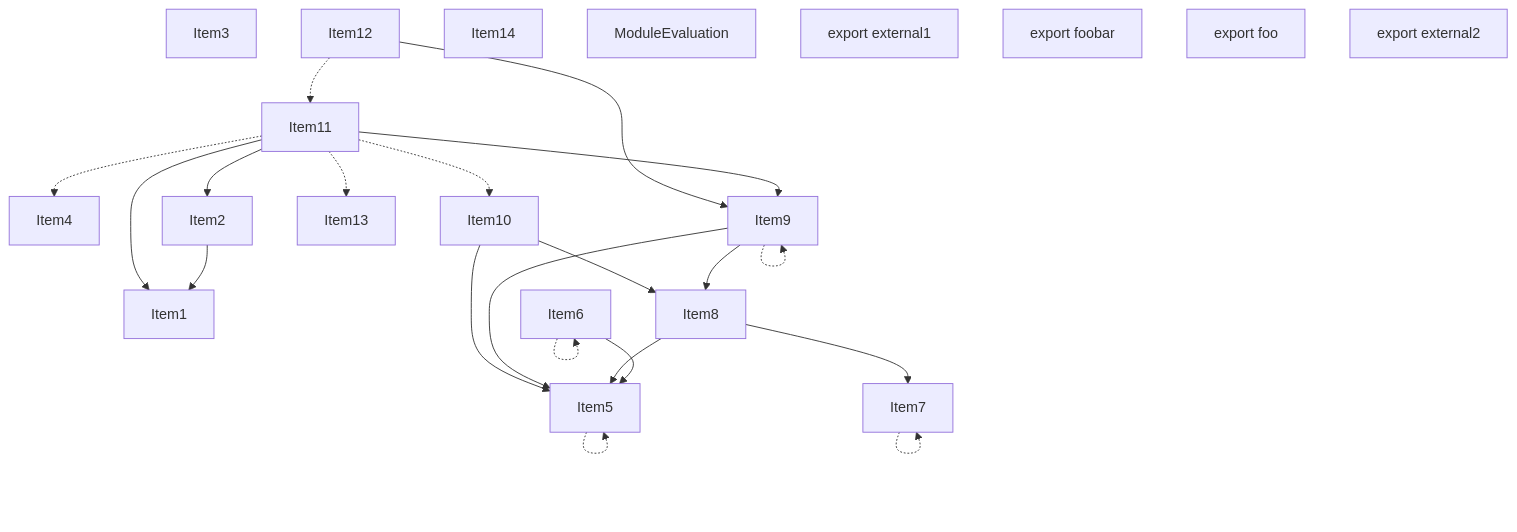
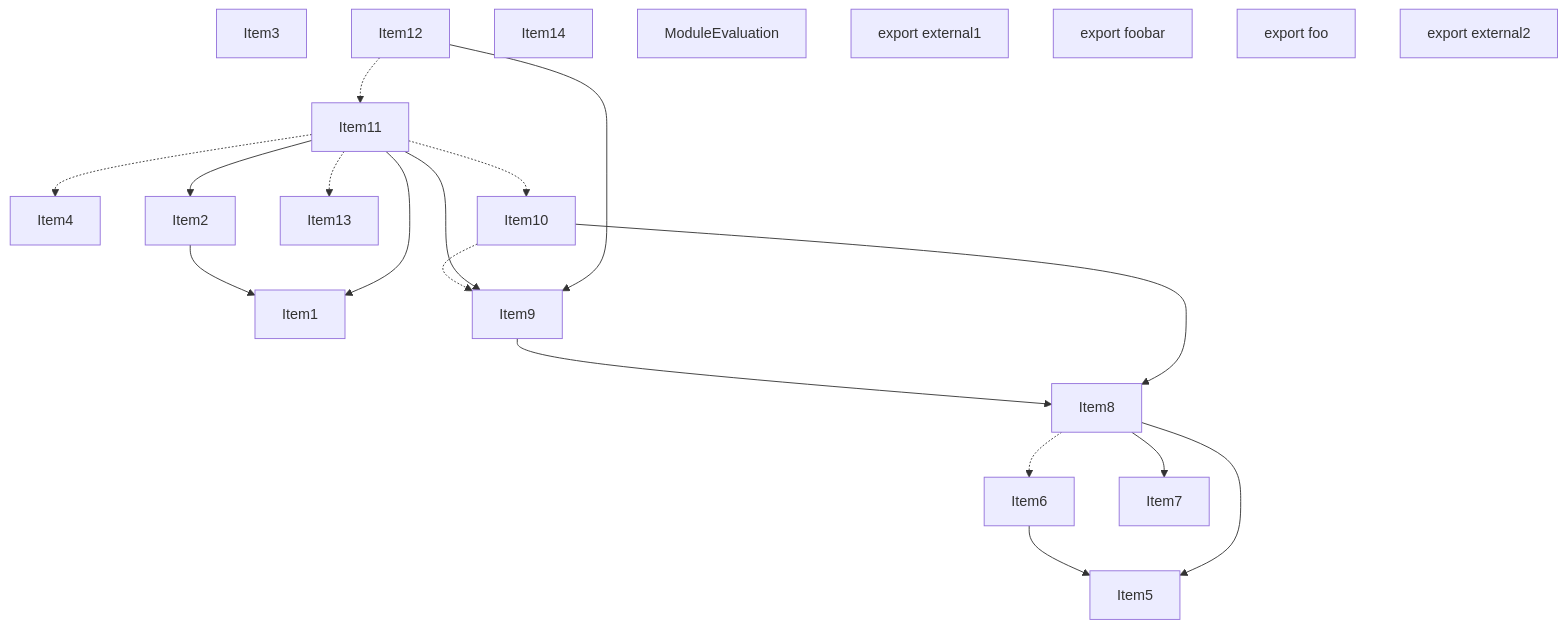
Before and after one commit to vercel/turborepo: the second of 5 diagrams in crates/turbopack-ecmascript/tests/tree-shaker/analyzer/2/output.md, drawn with Mermaid. The commit also changed other lines of this file and 20 other files, not shown here.

````diff
--- a/crates/turbopack-ecmascript/tests/tree-shaker/analyzer/2/output.md
+++ b/crates/turbopack-ecmascript/tests/tree-shaker/analyzer/2/output.md
@@ -189,47 +189,43 @@
 ```mermaid
 graph TD
     Item3;
     Item1;
     Item4;
     Item5;
     Item6;
     Item7;
     Item8;
     Item9;
     Item10;
     Item11;
     Item12;
     Item13;
     Item14;
     Item2;
     Item15;
     Item15["ModuleEvaluation"];
     Item16;
     Item16["export external1"];
     Item17;
     Item17["export foobar"];
     Item18;
     Item18["export foo"];
     Item19;
     Item19["export external2"];
     Item2 --> Item1;
-    Item5 -.-> Item5;
     Item6 --> Item5;
-    Item6 -.-> Item6;
-    Item7 -.-> Item7;
     Item8 --> Item7;
     Item8 --> Item5;
+    Item8 -.-> Item6;
     Item9 --> Item8;
-    Item9 --> Item5;
-    Item9 -.-> Item9;
     Item10 --> Item8;
-    Item10 --> Item5;
+    Item10 -.-> Item9;
     Item11 --> Item9;
     Item11 --> Item1;
     Item11 --> Item2;
     Item11 -.-> Item13;
     Item11 -.-> Item10;
     Item11 -.-> Item4;
     Item12 --> Item9;
     Item12 -.-> Item11;
 ```
````
